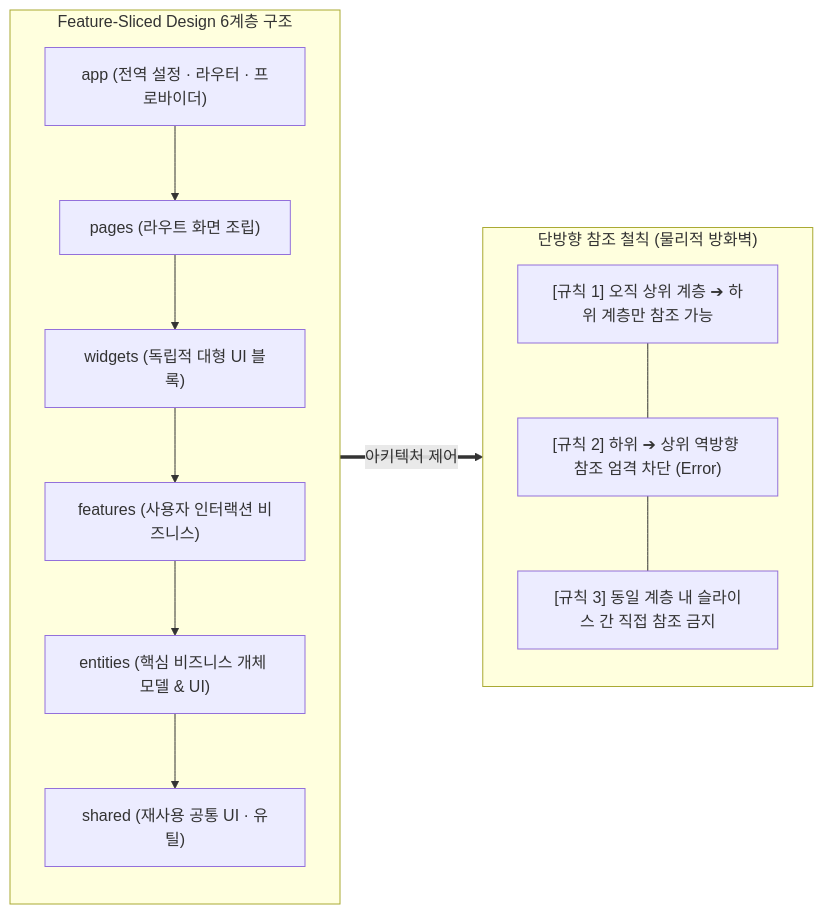
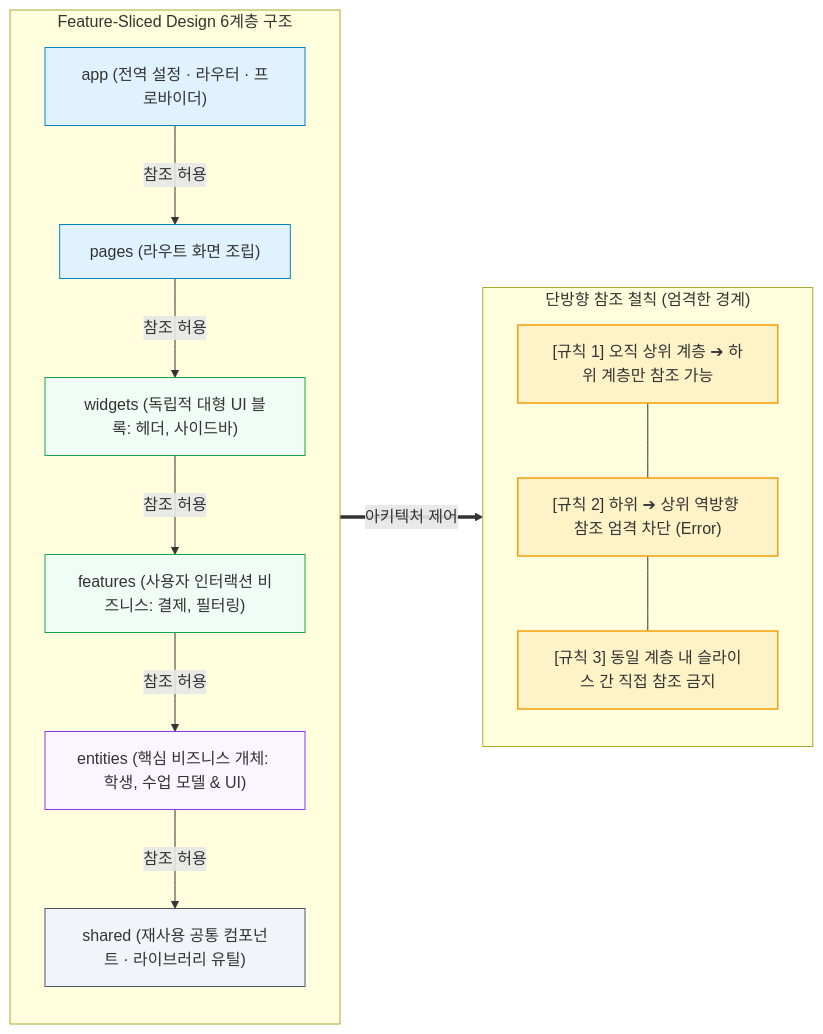
The diagram in _posts/tech/ai-agent-architecture/9 어차피 프론트엔드인데 아키텍처가 왜 필요해?.md (tomato-vault/tomato-vault.github.io), drawn with Mermaid before and after one commit. The commit also changed 19 other files, not shown here.

First line of the commit message:
Refactor ontology engineering documentation with enhanced diagrams and clarity

````diff
--- a/_posts/tech/ai-agent-architecture/9 어차피 프론트엔드인데 아키텍처가 왜 필요해?.md
+++ b/_posts/tech/ai-agent-architecture/9 어차피 프론트엔드인데 아키텍처가 왜 필요해?.md
@@ -52,14 +52,40 @@
 ```mermaid
 flowchart LR
     subgraph FSD ["Feature-Sliced Design 6계층 구조"]
         direction TB
-        L1["app (전역 설정 · 라우터 · 프로바이더)"] --> L2["pages (라우트 화면 조립)"] --> L3["widgets (독립적 대형 UI 블록)"] --> L4["features (사용자 인터랙션 비즈니스)"] --> L5["entities (핵심 비즈니스 개체 모델 & UI)"] --> L6["shared (재사용 공통 UI · 유틸)"]
+        L1["app (전역 설정 · 라우터 · 프로바이더)"]
+        L2["pages (라우트 화면 조립)"]
+        L3["widgets (독립적 대형 UI 블록: 헤더, 사이드바)"]
+        L4["features (사용자 인터랙션 비즈니스: 결제, 필터링)"]
+        L5["entities (핵심 비즈니스 개체: 학생, 수업 모델 & UI)"]
+        L6["shared (재사용 공통 컴포넌트 · 라이브러리 유틸)"]
+
+        L1 -->|참조 허용| L2
+        L2 -->|참조 허용| L3
+        L3 -->|참조 허용| L4
+        L4 -->|참조 허용| L5
+        L5 -->|참조 허용| L6
     end
 
-    subgraph RULES ["단방향 참조 철칙 (물리적 방화벽)"]
+    subgraph RULES ["단방향 참조 철칙 (엄격한 경계)"]
         direction TB
-        R1["[규칙 1] 오직 상위 계층 ➔ 하위 계층만 참조 가능"] --- R2["[규칙 2] 하위 ➔ 상위 역방향 참조 엄격 차단 (Error)"] --- R3["[규칙 3] 동일 계층 내 슬라이스 간 직접 참조 금지"]
+        R1["[규칙 1] 오직 상위 계층 ➔ 하위 계층만 참조 가능"]
+        R2["[규칙 2] 하위 ➔ 상위 역방향 참조 엄격 차단 (Error)"]
+        R3["[규칙 3] 동일 계층 내 슬라이스 간 직접 참조 금지"]
+        R1 --- R2 --- R3
     end
 
     FSD ==>|아키텍처 제어| RULES
+
+    classDef appLayer fill:#e0f2fe,stroke:#0284c7,stroke-width:1px
+    classDef uiLayer fill:#f0fdf4,stroke:#16a34a,stroke-width:1px
+    classDef entityLayer fill:#faf5ff,stroke:#9333ea,stroke-width:1px
+    classDef sharedLayer fill:#f1f5f9,stroke:#475569,stroke-width:1px
+    classDef ruleBox fill:#fef3c7,stroke:#f59e0b,stroke-width:1.5px
+
+    class L1,L2 appLayer
+    class L3,L4 uiLayer
+    class L5 entityLayer
+    class L6 sharedLayer
+    class R1,R2,R3 ruleBox
 ```
````
